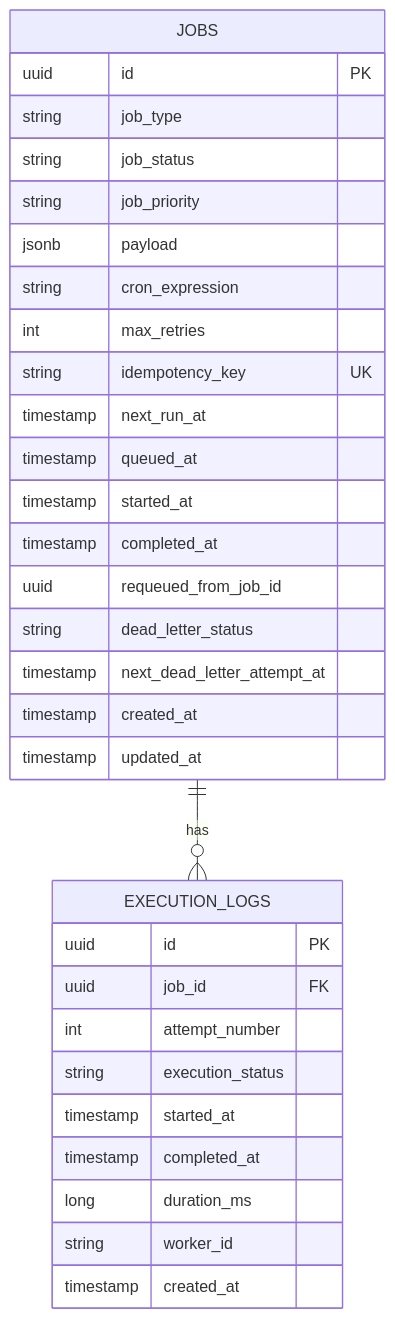
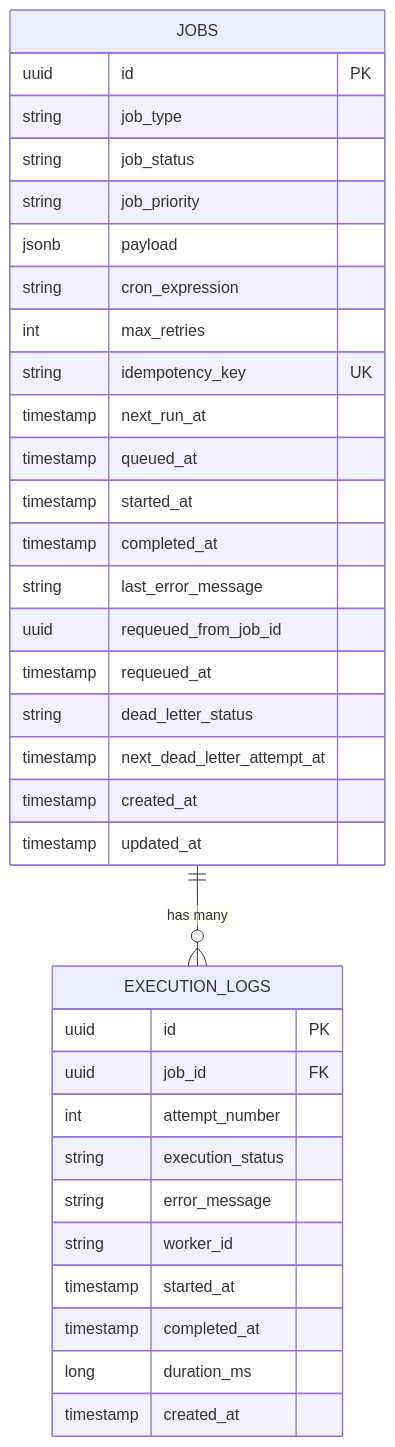
Before and after one commit to harshithrao07/distributed-scheduler: the tenth of 10 diagrams in Readme.md, drawn with Mermaid. The commit also changed other lines of this file, not shown here.

````diff
--- a/Readme.md
+++ b/Readme.md
@@ -363,36 +364,39 @@
 ```mermaid
 erDiagram
-    JOBS ||--o{ EXECUTION_LOGS : has
+    JOBS ||--o{ EXECUTION_LOGS : "has many"
 
     JOBS {
         uuid id PK
         string job_type
         string job_status
         string job_priority
         jsonb payload
         string cron_expression
         int max_retries
         string idempotency_key UK
         timestamp next_run_at
         timestamp queued_at
         timestamp started_at
         timestamp completed_at
+        string last_error_message
         uuid requeued_from_job_id
+        timestamp requeued_at
         string dead_letter_status
         timestamp next_dead_letter_attempt_at
         timestamp created_at
         timestamp updated_at
     }
 
     EXECUTION_LOGS {
         uuid id PK
         uuid job_id FK
         int attempt_number
         string execution_status
+        string error_message
+        string worker_id
         timestamp started_at
         timestamp completed_at
         long duration_ms
-        string worker_id
         timestamp created_at
     }
 ```
````
